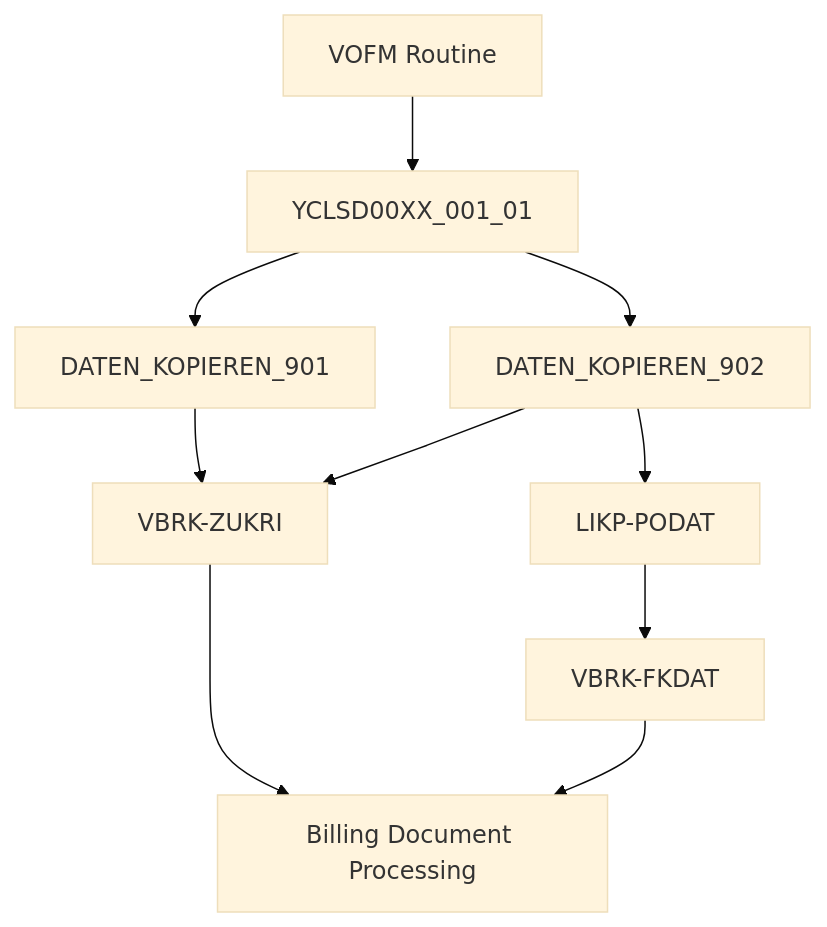
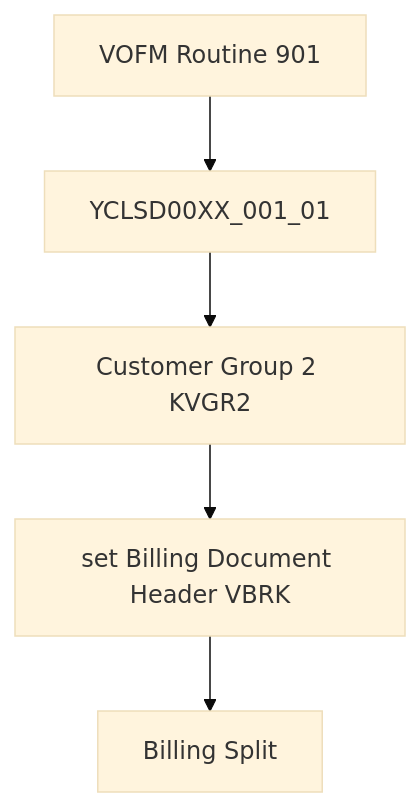
The first of 2 diagrams in sap/abap/Classical/demo1/README.md (blackif/demo), drawn with Mermaid (base theme) before and after one commit. The commit also changed other lines of this file, not shown here.

````diff
--- a/sap/abap/Classical/demo1/README.md
+++ b/sap/abap/Classical/demo1/README.md
@@ -38,14 +53,7 @@
 ```mermaid
 flowchart TD
-    A[VOFM Routine] --> B[YCLSD00XX_001_01]
-    B --> C[DATEN_KOPIEREN_901]
-    B --> D[DATEN_KOPIEREN_902]
-
-    C --> E[VBRK-ZUKRI]
-    D --> E
-    D --> F[LIKP-PODAT]
-    F --> G[VBRK-FKDAT]
-
-    E --> H[Billing Document Processing]
-    G --> H
+    A1[VOFM Routine 901] --> B1[YCLSD00XX_001_01]
+    B1 --> C1[Customer Group 2 KVGR2]
+    C1 --> D1[set Billing Document Header VBRK]
+    D1 --> E1[Billing Split]
 ```
````
